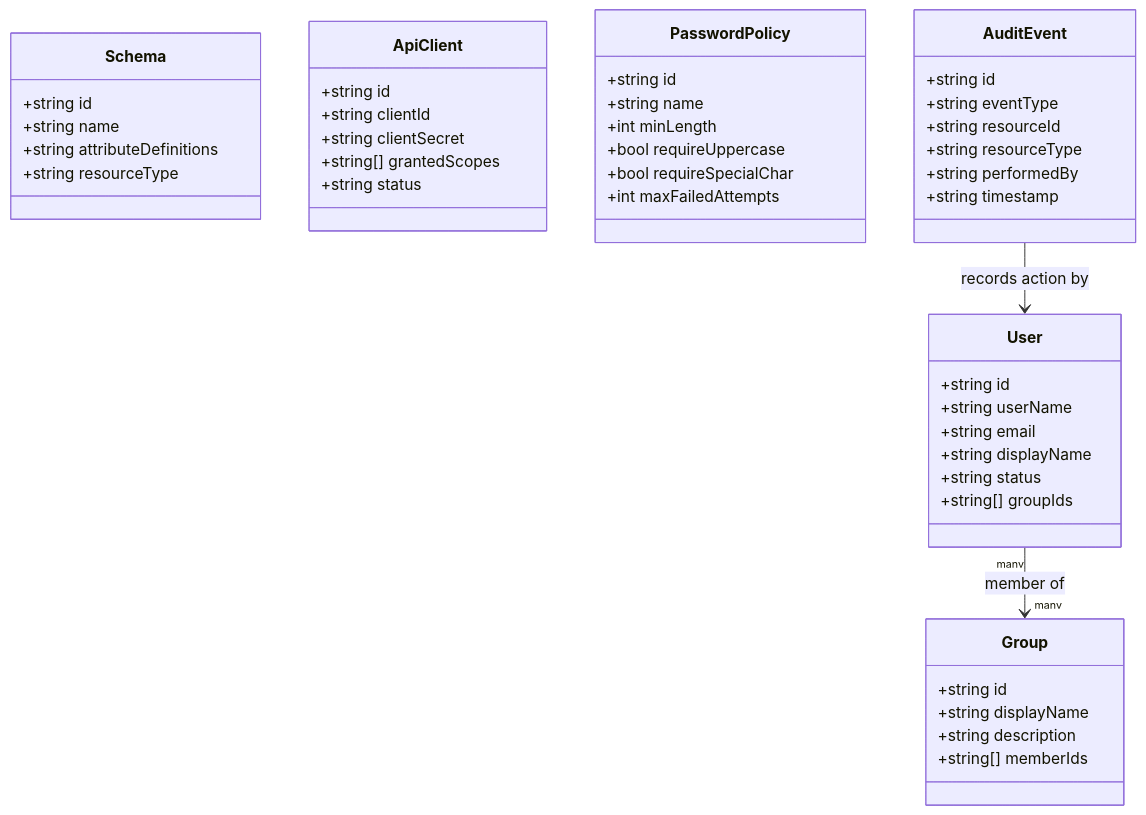
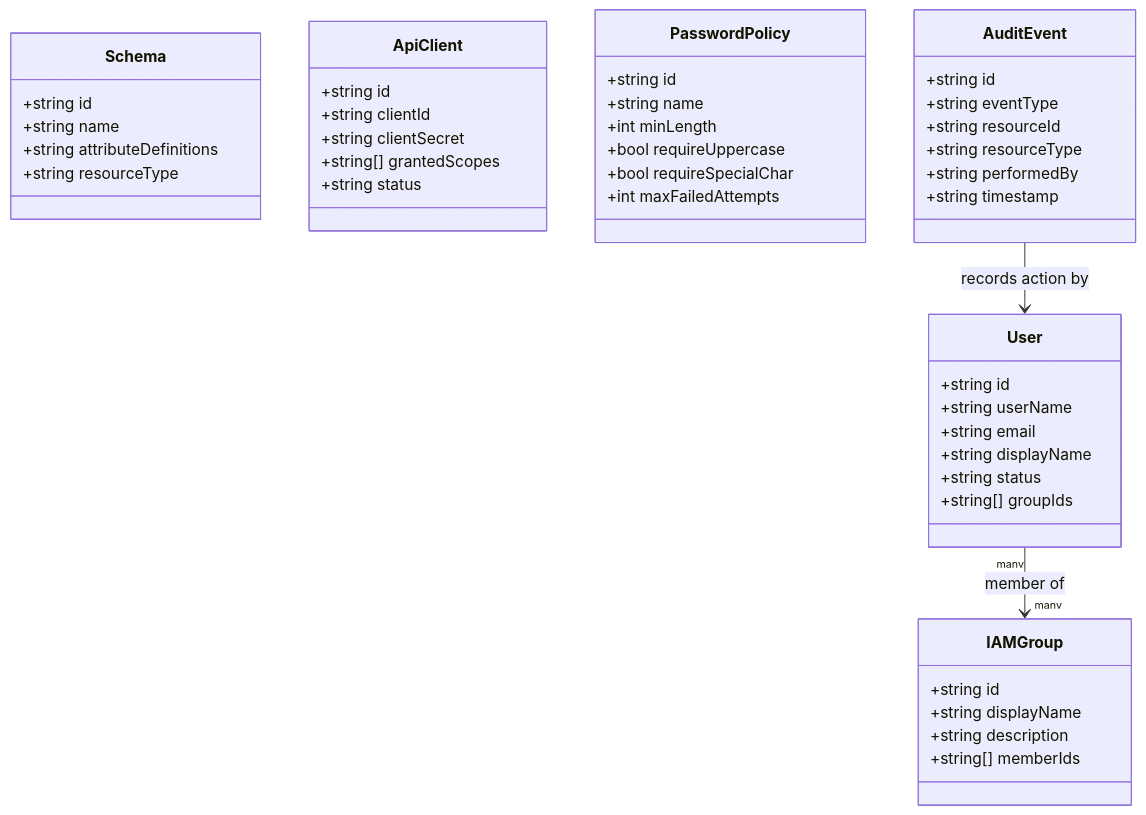
Before and after one commit to UIMSolutions/uim-platform: the first of 3 diagrams in identity-directory/docs/UML.md, drawn with Mermaid. The commit also changed other lines of this file and 33 other files, not shown here.

First line of the commit message:
Refactor group-related entities and update references to IAMGroup

````diff
--- a/identity-directory/docs/UML.md
+++ b/identity-directory/docs/UML.md
@@ -5,49 +5,49 @@
 ```mermaid
 classDiagram
     class User {
         +string id
         +string userName
         +string email
         +string displayName
         +string status
         +string[] groupIds
     }
-    class Group {
+    class IAMGroup {
         +string id
         +string displayName
         +string description
         +string[] memberIds
     }
     class Schema {
         +string id
         +string name
         +string attributeDefinitions
         +string resourceType
     }
     class ApiClient {
         +string id
         +string clientId
         +string clientSecret
         +string[] grantedScopes
         +string status
     }
     class PasswordPolicy {
         +string id
         +string name
         +int minLength
         +bool requireUppercase
         +bool requireSpecialChar
         +int maxFailedAttempts
     }
     class AuditEvent {
         +string id
         +string eventType
         +string resourceId
         +string resourceType
         +string performedBy
         +string timestamp
     }
 
-    User "many" --> "many" Group : member of
+    User "many" --> "many" IAMGroup : member of
     AuditEvent --> User : records action by
 ```
````
